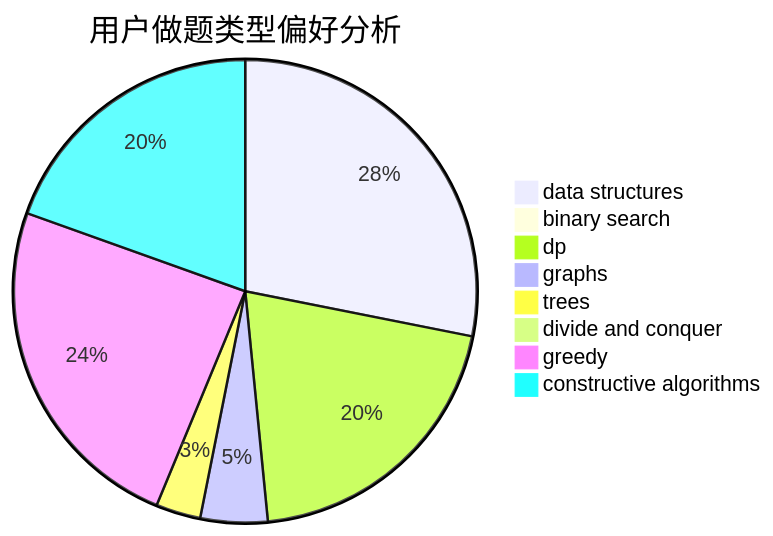
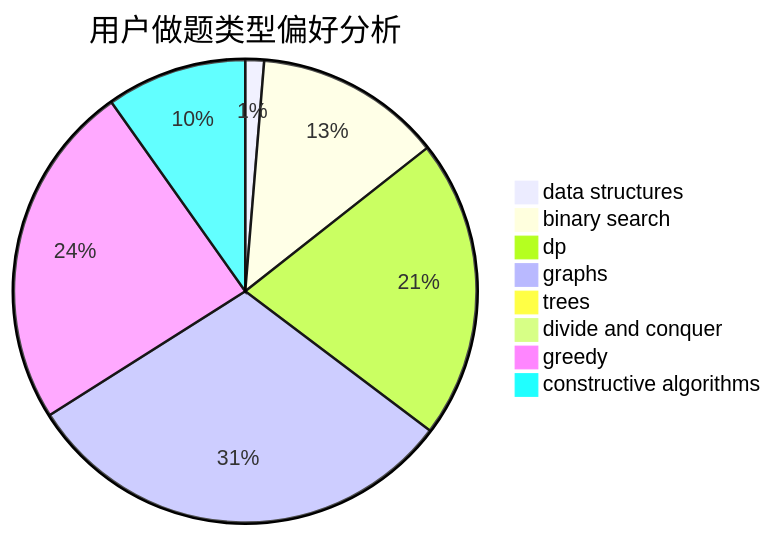
Before and after one commit to sherpahu/cfrs.github.io: the second of 3 diagrams in docs/user/u1849.md, drawn with Mermaid. The commit also changed other lines of this file and 2770 other files, not shown here.

````diff
--- a/docs/user/u1849.md
+++ b/docs/user/u1849.md
@@ -23,11 +23,11 @@
 ```mermaid
 pie title 用户做题类型偏好分析
-    "data structures" :  36
-    "binary search" :  0
-    "dp" :  26
-    "graphs" :  6
-    "trees" :  4
-    "divide and conquer" :  0
-    "greedy" :  31
-    "constructive algorithms" :  25
+    "data structures" :  2
+    "binary search" :  20
+    "dp" :  32
+    "graphs" :  47
+    "trees" :  0
+    "divide and conquer" :  1
+    "greedy" :  37
+    "constructive algorithms" :  15
 ```
````
